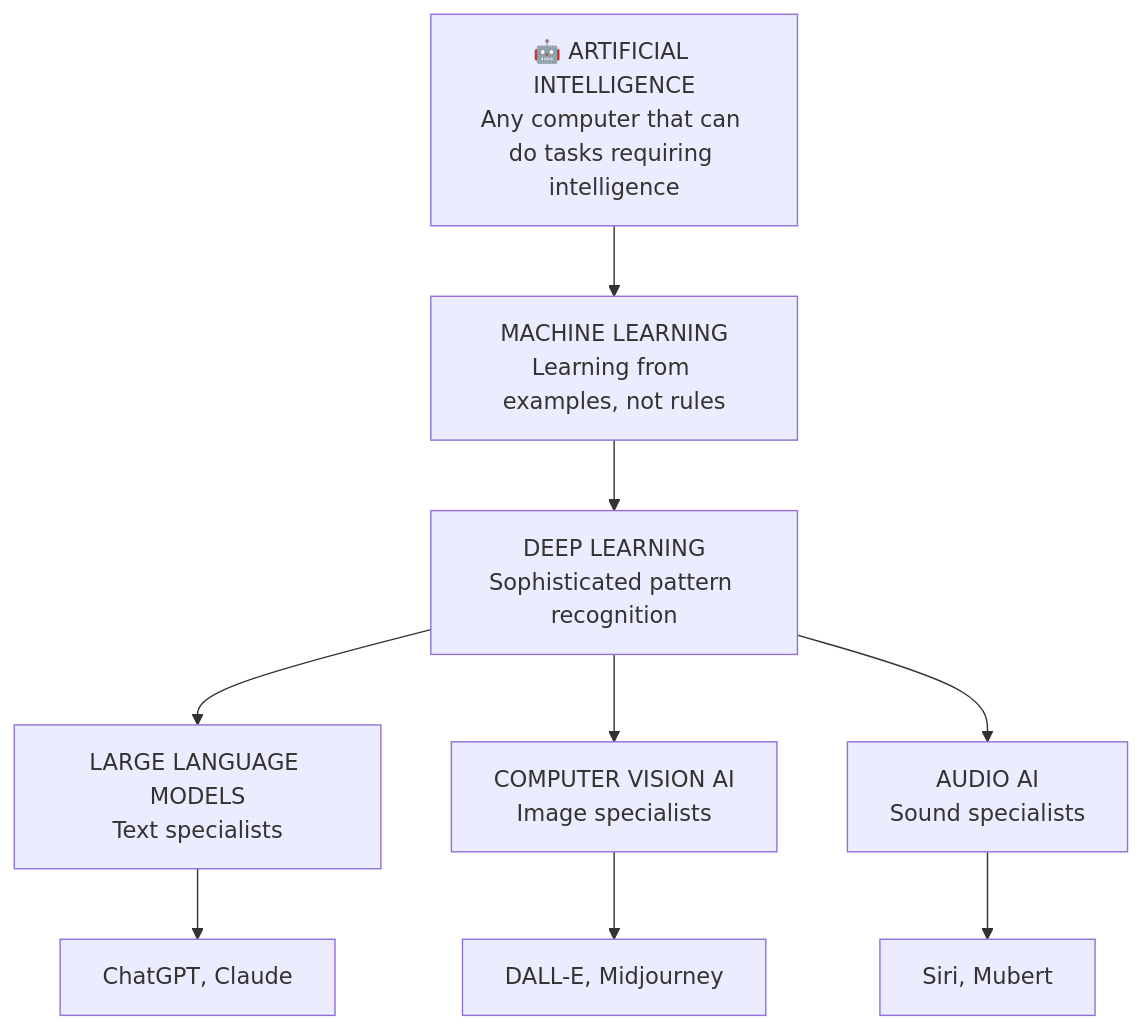
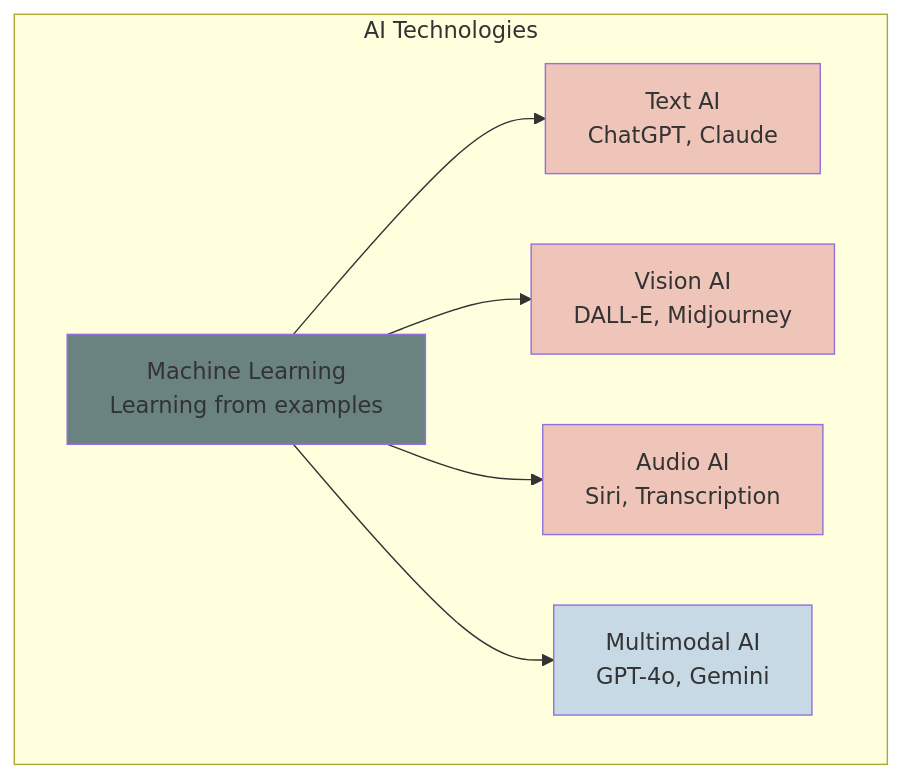
The second of 2 diagrams in ai-basics.md (ninabrenes/ai-for-normal-people), drawn with Mermaid before and after one commit.

````diff
--- a/ai-basics.md
+++ b/ai-basics.md
@@ -92,11 +92,15 @@
 ```mermaid
 graph TD
-    A[🤖 ARTIFICIAL INTELLIGENCE<br/>Any computer that can do tasks requiring intelligence] --> B[MACHINE LEARNING<br/>Learning from examples, not rules]
-    B --> C[DEEP LEARNING<br/>Sophisticated pattern recognition]
-    C --> D[LARGE LANGUAGE MODELS<br/>Text specialists]
-    C --> E[COMPUTER VISION AI<br/>Image specialists]
-    C --> F[AUDIO AI<br/>Sound specialists]
-    D --> G[ChatGPT, Claude]
-    E --> H[DALL-E, Midjourney]
-    F --> I[Siri, Mubert]
+    subgraph AI[AI Technologies]
+        ML[Machine Learning<br/>Learning from examples] --> Text[Text AI<br/>ChatGPT, Claude]
+        ML --> Vision[Vision AI<br/>DALL-E, Midjourney]
+        ML --> Audio[Audio AI<br/>Siri, Transcription]
+        ML --> Multi[Multimodal AI<br/>GPT-4o, Gemini]
+    end
+    
+    style ML fill:#6a8280
+    style Text fill:#efc5b9
+    style Vision fill:#efc5b9
+    style Audio fill:#efc5b9
+    style Multi fill:#c8d9e6
 ```
````
